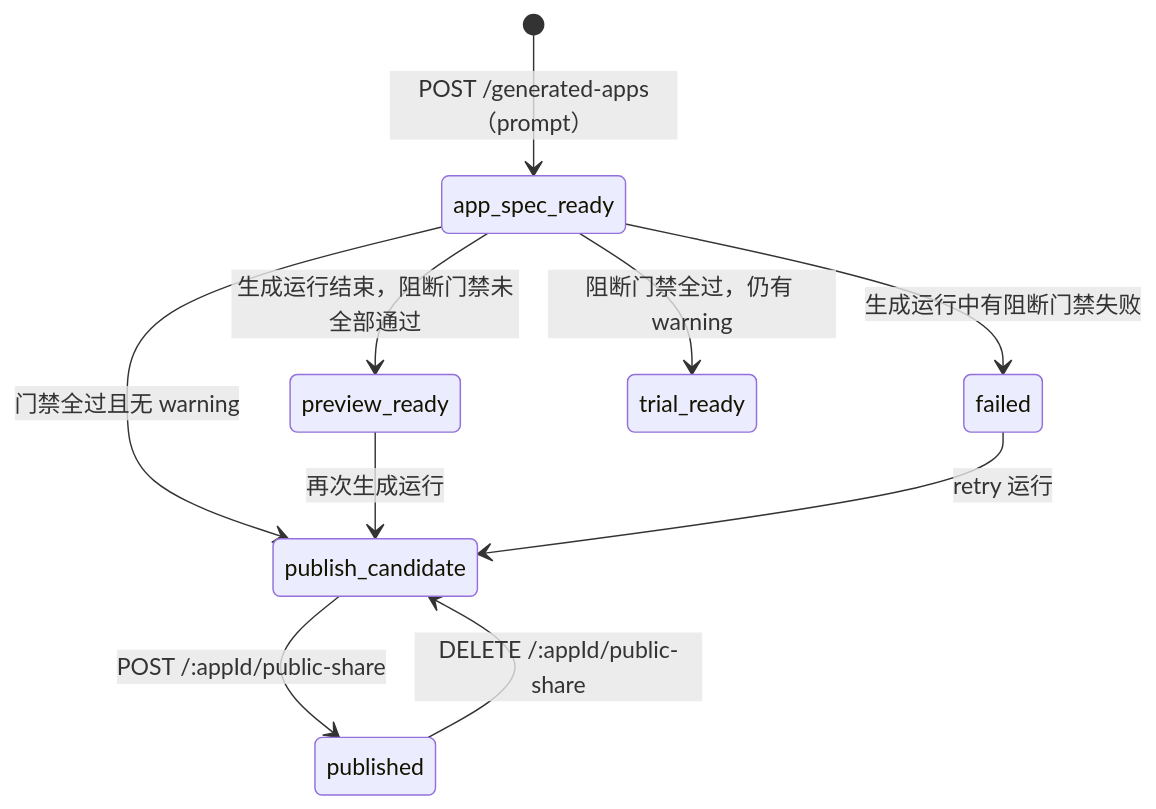
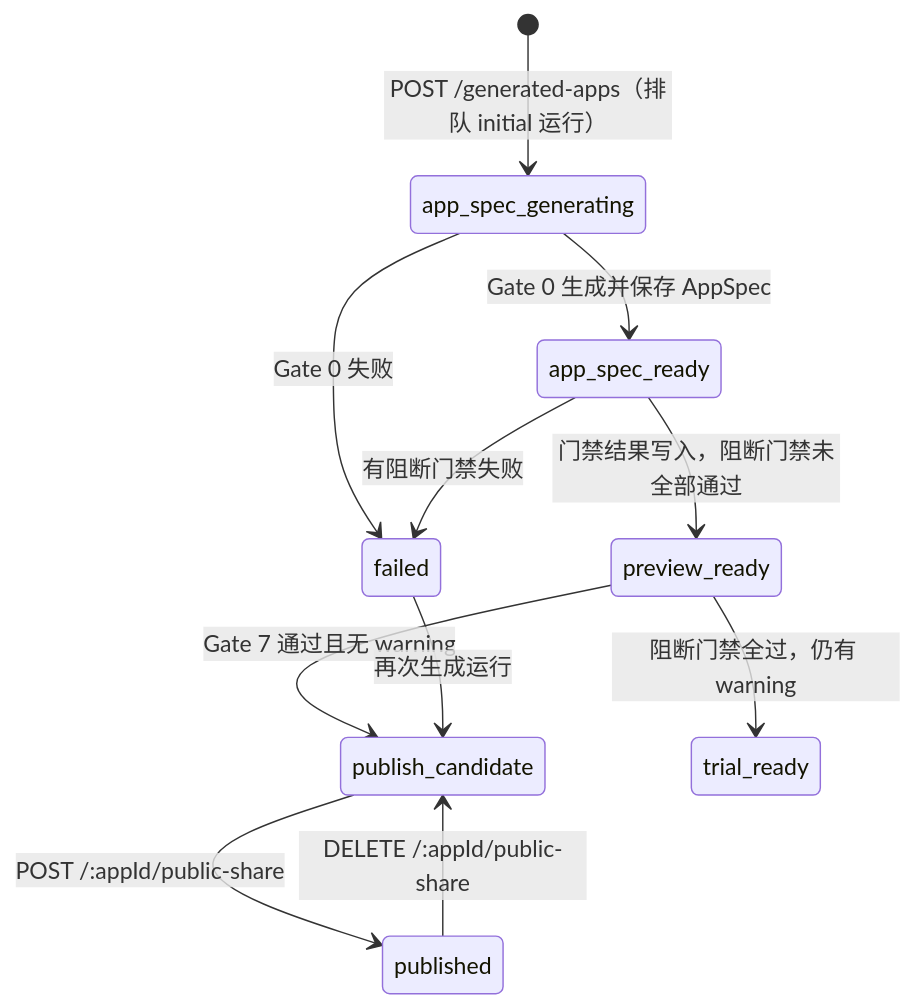
One commit to Lynricsy/AgentLoom changed the diagram in agentloom-docs/dev/server/generated-apps.md. Above: the diagram before and after it, drawn with Mermaid. The commit also changed other lines of this file and 5 other files, not shown here.

First line of the commit message:
docs(generated-app): 📝 服务端文档、API 接入、错误参考与 ADR-0007 对齐 v2 异步生成

````diff
--- a/agentloom-docs/dev/server/generated-apps.md
+++ b/agentloom-docs/dev/server/generated-apps.md
@@ -13,12 +13,13 @@
 ```mermaid
 stateDiagram-v2
-    [*] --> app_spec_ready: POST /generated-apps（prompt）
-    app_spec_ready --> preview_ready: 生成运行结束，阻断门禁未全部通过
-    app_spec_ready --> failed: 生成运行中有阻断门禁失败
-    app_spec_ready --> trial_ready: 阻断门禁全过，仍有 warning
-    app_spec_ready --> publish_candidate: 门禁全过且无 warning
-    preview_ready --> publish_candidate: 再次生成运行
-    failed --> publish_candidate: retry 运行
+    [*] --> app_spec_generating: POST /generated-apps（排队 initial 运行）
+    app_spec_generating --> app_spec_ready: Gate 0 生成并保存 AppSpec
+    app_spec_generating --> failed: Gate 0 失败
+    app_spec_ready --> preview_ready: 门禁结果写入，阻断门禁未全部通过
+    app_spec_ready --> failed: 有阻断门禁失败
+    preview_ready --> publish_candidate: Gate 7 通过且无 warning
+    preview_ready --> trial_ready: 阻断门禁全过，仍有 warning
+    failed --> publish_candidate: 再次生成运行
     publish_candidate --> published: POST /:appId/public-share
     published --> publish_candidate: DELETE /:appId/public-share
 ```
````
